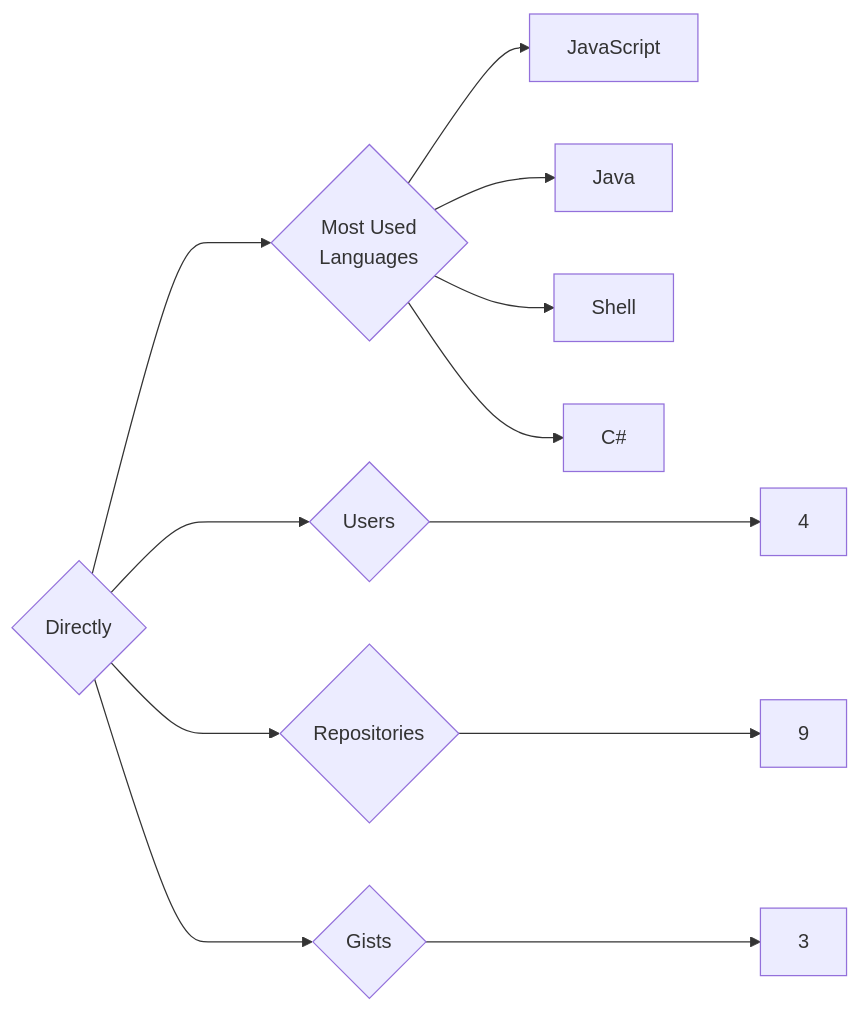
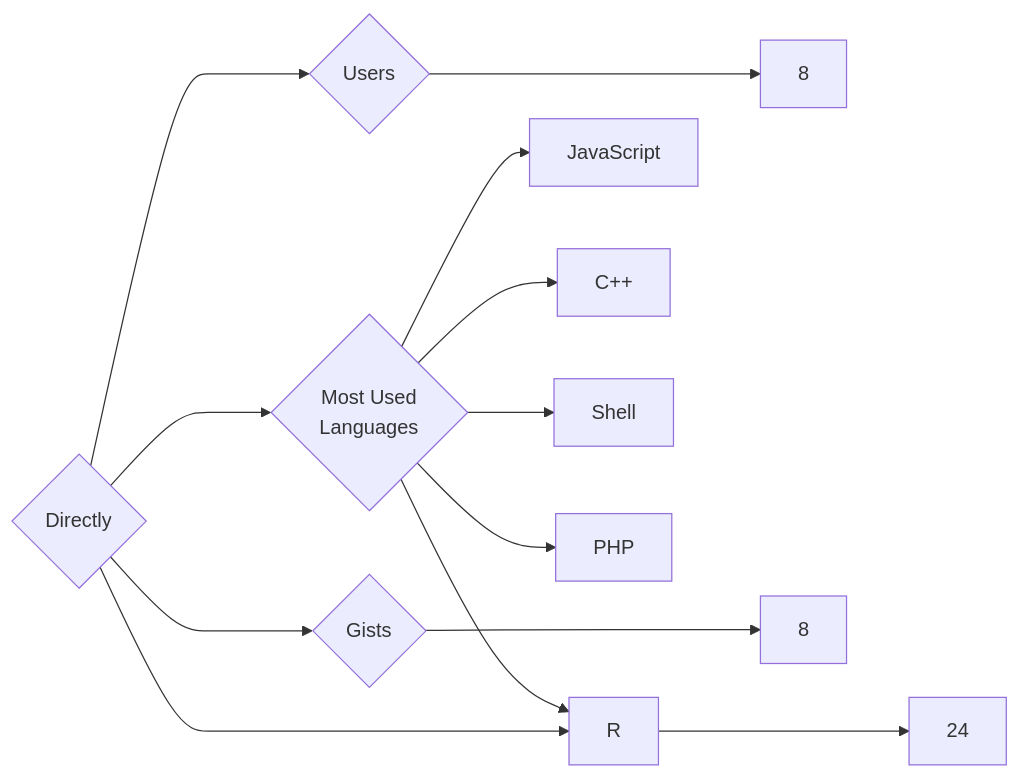
Before and after one commit to trickest/insiders: the diagram in targets/Directly/README.md, drawn with Mermaid. The commit also changed 998 other files, not shown here.

````diff
--- a/targets/Directly/README.md
+++ b/targets/Directly/README.md
@@ -3,12 +3,13 @@
 ```mermaid
 graph LR
 COMPANY_NAME{Directly}
-COMPANY_NAME ---> U{Users} ---> UN[4]
-COMPANY_NAME ---> R{Repositories} ---> RN[9]
-COMPANY_NAME ---> G{Gists} ---> GN[3]
+COMPANY_NAME ---> U{Users} ---> UN[8]
+COMPANY_NAME ---> R{Repositories} ---> RN[24]
+COMPANY_NAME ---> G{Gists} ---> GN[8]
 COMPANY_NAME ---> ML{Most Used<br>Languages}
 ML --> JavaScript[JavaScript]
-ML --> Java[Java]
+ML --> C++[C++]
 ML --> Shell[Shell]
-ML --> C#[C#]
+ML --> R[R]
+ML --> PHP[PHP]
 ```
````
